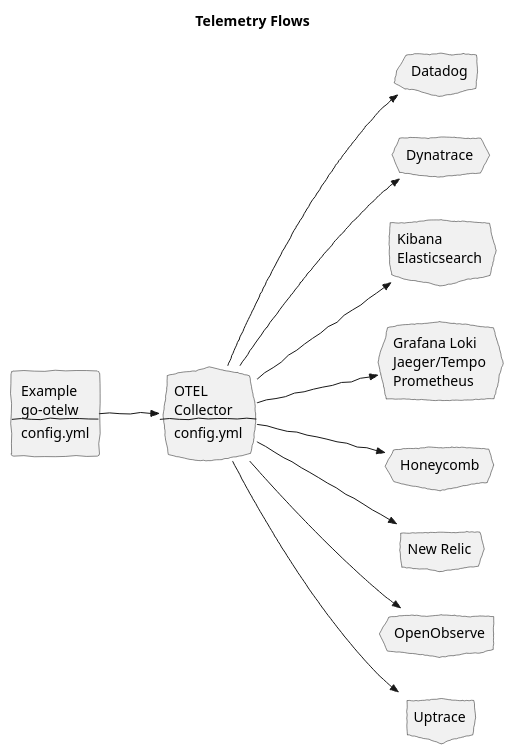
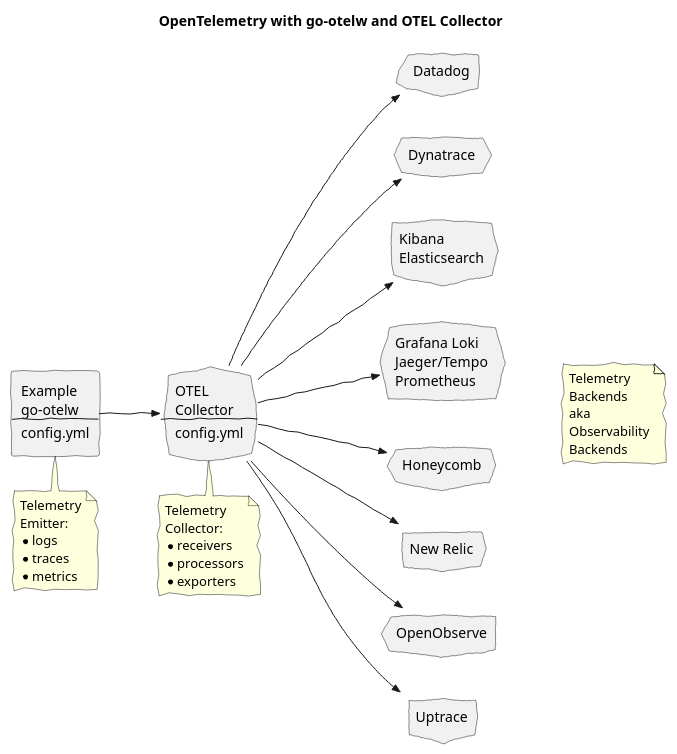
The diagram in docs/diagrams/overview.puml (yolkhovyy/go-otelw), drawn with PlantUML before and after one commit. The commit also changed 2 other files, not shown here.

```diff
--- a/docs/diagrams/overview.puml
+++ b/docs/diagrams/overview.puml
@@ -1,29 +1,62 @@
 @startuml overview
-title Telemetry Flows
+title OpenTelemetry with go-otelw and OTEL Collector
 left to right direction
 skinparam handwritten true
 
 agent "Example\ngo-otelw\n--\nconfig.yml" as EX
 cloud "OTEL\nCollector\n--\nconfig.yml" as OC
 
 cloud "Datadog" as DD
 cloud "Dynatrace" as DT
 cloud "Kibana\nElasticsearch" as EK
 cloud "Grafana Loki\nJaeger/Tempo\nPrometheus" as G
 cloud "Honeycomb" as HC
 cloud "New Relic" as NR
 cloud "OpenObserve" as OO
 cloud "Uptrace" as UPT
 
 EX -->> OC
 
 OC --->> UPT
 OC --->> OO
 OC --->> NR
 OC --->> EK
 OC --->> HC
 OC --->> G
 OC --->> DT
 OC --->> DD
 
+note bottom of EX
+Telemetry
+Emitter:
+* logs
+* traces
+* metrics
+end note
+
+note bottom of OC
+Telemetry
+Collector:
+* receivers
+* processors
+* exporters
+end note
+
+note as TMB
+Telemetry
+Backends
+aka
+Observability
+Backends
+end note
+
+UPT .[hidden]. TMB
+OO .[hidden]. TMB
+NR .[hidden]. TMB
+HC .[hidden]. TMB
+G .[hidden]. TMB
+EK .[hidden]. TMB
+DT .[hidden]. TMB
+DD .[hidden]. TMB
+
 @enduml
```
